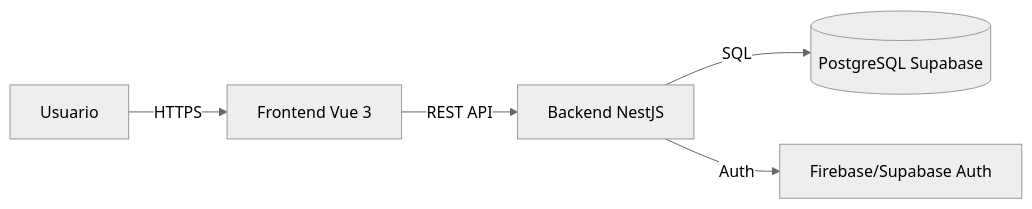
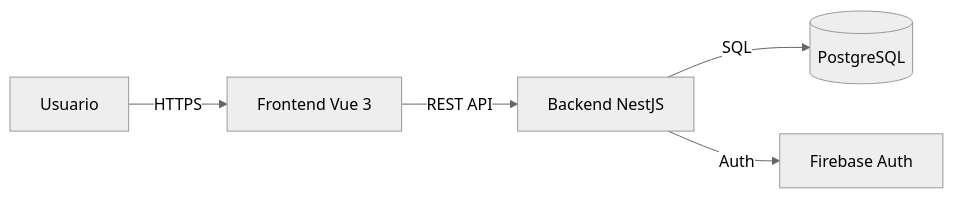
The diagram in docs/architecture.md (fabian-martinez/collaborative-saving), drawn with Mermaid (neutral theme) before and after one commit. The commit also changed other lines of this file and 12 other files, not shown here.

````diff
--- a/docs/architecture.md
+++ b/docs/architecture.md
@@ -51,7 +52,7 @@
 ```mermaid
 flowchart LR
   user[Usuario] -->|HTTPS| fe[Frontend Vue 3]
   fe -->|REST API| be[Backend NestJS]
-  be -->|SQL| db[(PostgreSQL Supabase)]
-  be -->|Auth| fb[Firebase/Supabase Auth]
+  be -->|SQL| db[(PostgreSQL)]
+  be -->|Auth| fb[Firebase Auth]
 ```
````
